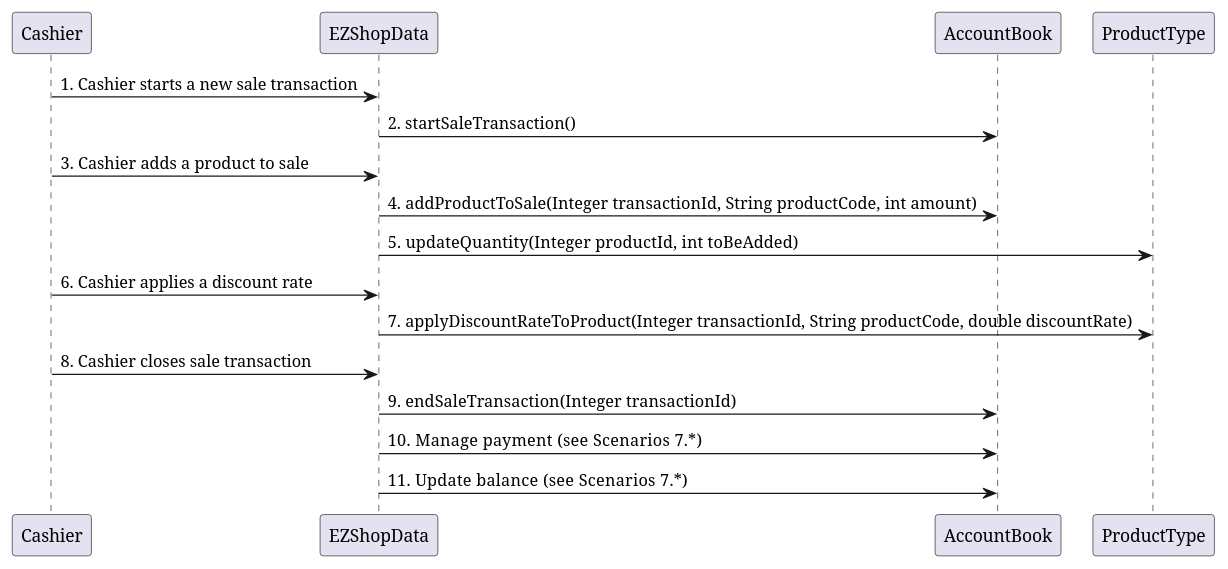
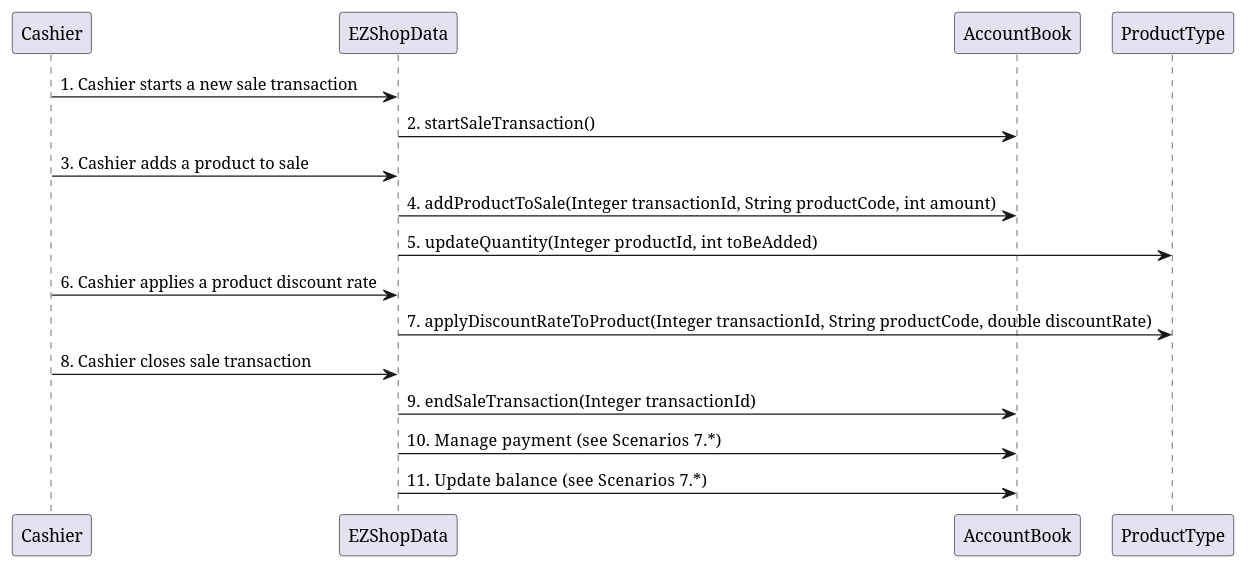
One commit to djemar/softeng_ezshop changed diagram 18 of 31 in Deliverables/DesignDocument.md. Above: the diagram before and after it, drawn with PlantUML. The commit also changed other lines of this file, not shown here.

Commit message:
sequence diagram

````diff
--- a/Deliverables/DesignDocument.md
+++ b/Deliverables/DesignDocument.md
@@ -415,14 +412,14 @@
 ```plantuml
 "Cashier" -> "EZShopData" : 1. Cashier starts a new sale transaction
 "EZShopData" -> "AccountBook" : 2.  startSaleTransaction()
 "Cashier" -> "EZShopData" : 3. Cashier adds a product to sale
 "EZShopData" -> "AccountBook" : 4.   addProductToSale(Integer transactionId, String productCode, int amount)
 "EZShopData" -> "ProductType" : 5.   updateQuantity(Integer productId, int toBeAdded)
-"Cashier" -> "EZShopData" : 6. Cashier applies a discount rate
+"Cashier" -> "EZShopData" : 6. Cashier applies a product discount rate
 "EZShopData" -> "ProductType" : 7.   applyDiscountRateToProduct(Integer transactionId, String productCode, double discountRate)
 "Cashier" -> "EZShopData" : 8. Cashier closes sale transaction
 "EZShopData" -> "AccountBook" : 9.   endSaleTransaction(Integer transactionId)
 "EZShopData" -> "AccountBook" : 10.   Manage payment (see Scenarios 7.*)
 "EZShopData" -> "AccountBook" : 11.   Update balance (see Scenarios 7.*)
 
 ```
````
